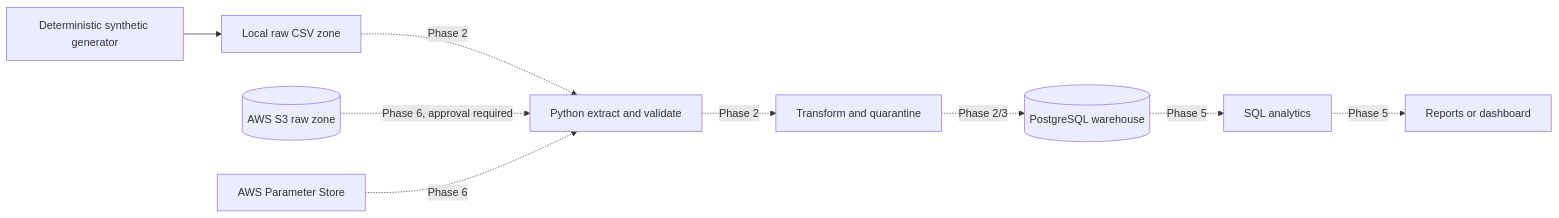
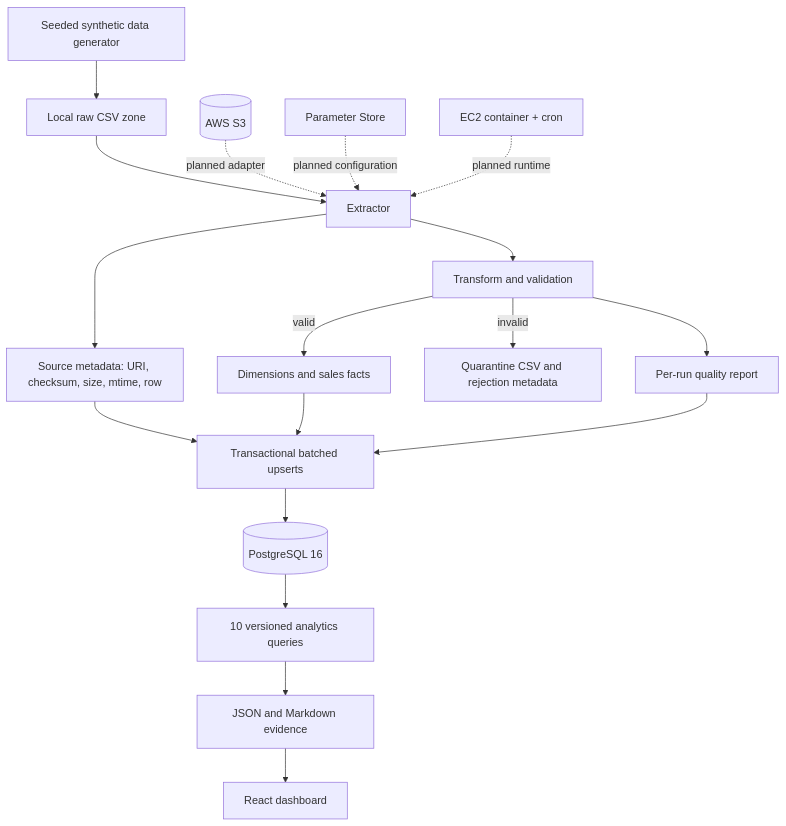
The first of 3 diagrams in docs/architecture.md (ZohairShakir/Data-Engineering-Pipeline.), drawn with Mermaid before and after one commit. The commit also changed other lines of this file and 75 other files, not shown here.

Commit message:
feat: complete local ETL analytics dashboard

````diff
--- a/docs/architecture.md
+++ b/docs/architecture.md
@@ -5,12 +5,21 @@
 ```mermaid
-flowchart LR
-    G[Deterministic synthetic generator] --> R[Local raw CSV zone]
-    R -. Phase 2 .-> E[Python extract and validate]
-    E -. Phase 2 .-> T[Transform and quarantine]
-    T -. Phase 2/3 .-> P[(PostgreSQL warehouse)]
-    P -. Phase 5 .-> Q[SQL analytics]
-    Q -. Phase 5 .-> D[Reports or dashboard]
+flowchart TD
+    G[Seeded synthetic data generator] --> R[Local raw CSV zone]
+    R --> X[Extractor]
+    X --> M[Source metadata: URI, checksum, size, mtime, row]
+    X --> T[Transform and validation]
+    T -->|valid| D[Dimensions and sales facts]
+    T -->|invalid| Q[Quarantine CSV and rejection metadata]
+    T --> C[Per-run quality report]
+    D --> L[Transactional batched upserts]
+    M --> L
+    C --> L
+    L --> P[(PostgreSQL 16)]
+    P --> A[10 versioned analytics queries]
+    A --> O[JSON and Markdown evidence]
+    O --> U[React dashboard]
 
-    S3[(AWS S3 raw zone)] -. Phase 6, approval required .-> E
-    SSM[AWS Parameter Store] -. Phase 6 .-> E
+    S3[(AWS S3)] -. planned adapter .-> X
+    SSM[Parameter Store] -. planned configuration .-> X
+    EC2[EC2 container + cron] -. planned runtime .-> X
 ```
````
